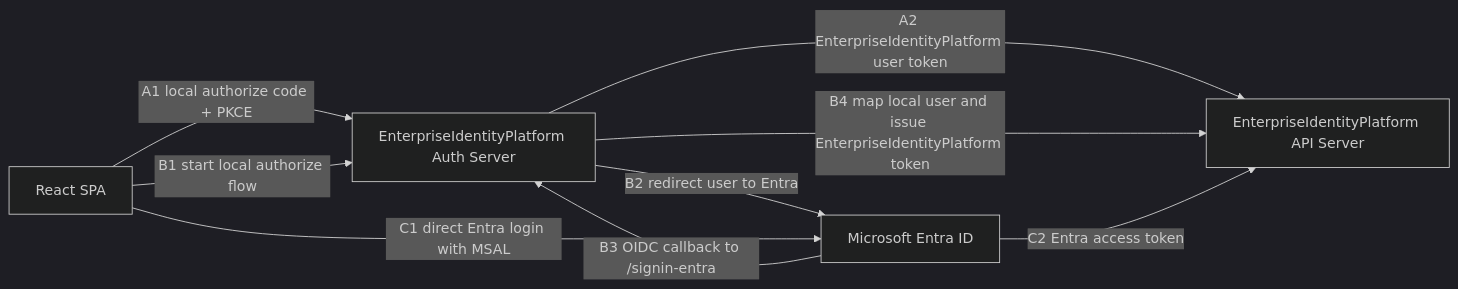
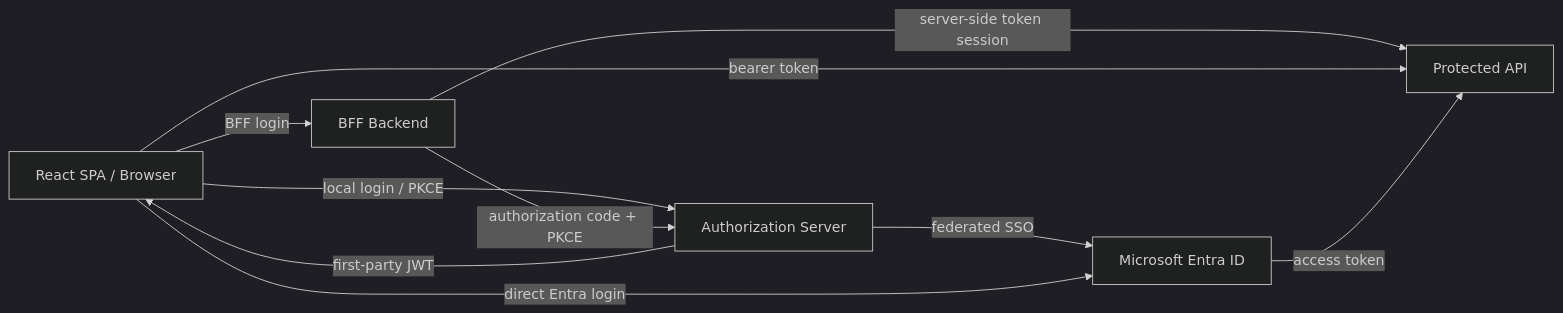
One commit to haoyucheng369-gif/EnterpriseIdentityPlatform changed the first of 2 diagrams in README.md. Above: the diagram before and after it, drawn with Mermaid (dark theme). The commit also changed other lines of this file, not shown here.

````diff
--- a/README.md
+++ b/README.md
@@ -34,18 +18,19 @@
 ```mermaid
 flowchart LR
-    SPA[React SPA]
-    Auth[EnterpriseIdentityPlatform Auth Server]
+    Browser[React SPA / Browser]
+    BFF[BFF Backend]
+    Auth[Authorization Server]
     Entra[Microsoft Entra ID]
-    API[EnterpriseIdentityPlatform API Server]
+    API[Protected API]
 
-    SPA -->|A1 local authorize code + PKCE| Auth
-    Auth -->|A2 EnterpriseIdentityPlatform user token| API
+    Browser -->|local login / PKCE| Auth
+    Browser -->|BFF login| BFF
+    BFF -->|authorization code + PKCE| Auth
+    Auth -->|federated SSO| Entra
+    Browser -->|direct Entra login| Entra
 
-    SPA -->|B1 start local authorize flow| Auth
-    Auth -->|B2 redirect user to Entra| Entra
-    Entra -->|B3 OIDC callback to /signin-entra| Auth
-    Auth -->|B4 map local user and issue EnterpriseIdentityPlatform token| API
-
-    SPA -->|C1 direct Entra login with MSAL| Entra
-    Entra -->|C2 Entra access token| API
+    Auth -->|first-party JWT| Browser
+    BFF -->|server-side token session| API
+    Browser -->|bearer token| API
+    Entra -->|access token| API
 ```
````
